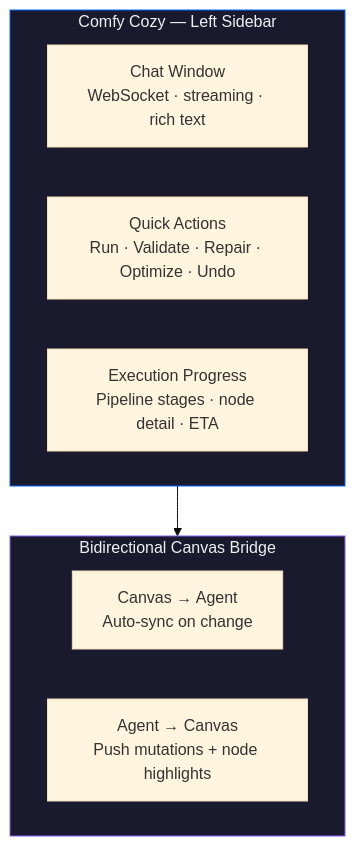
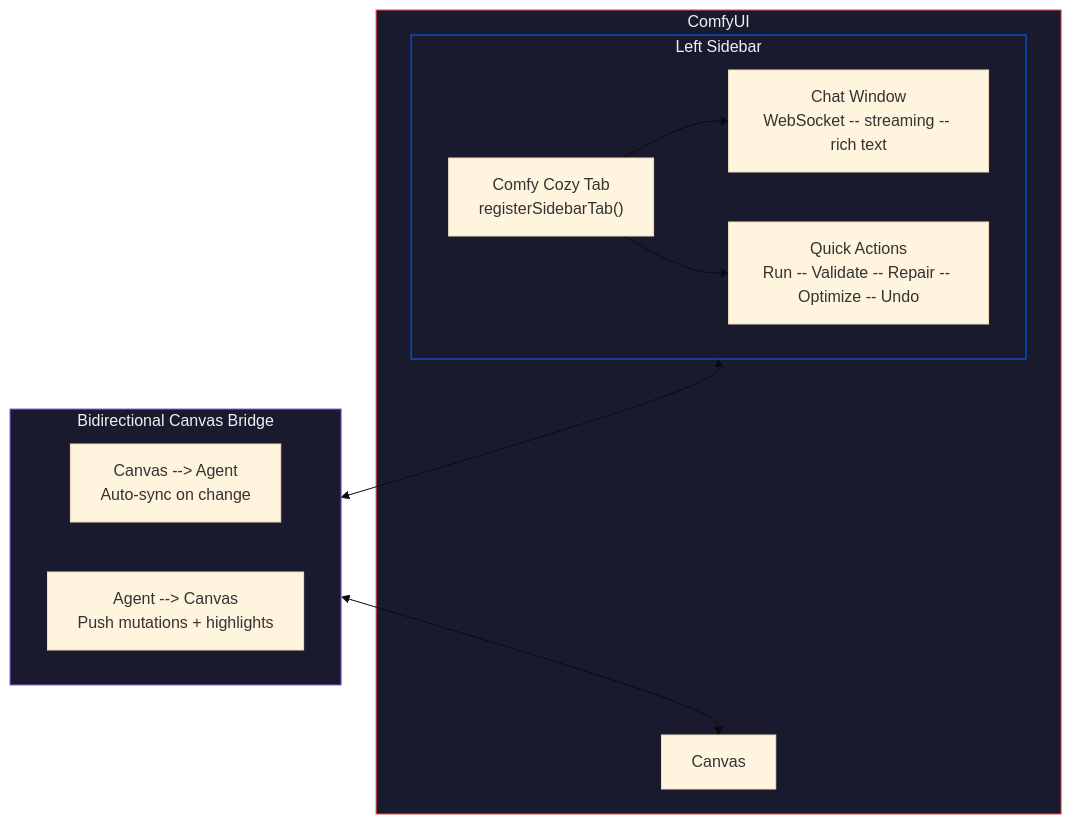
Before and after one commit to JosephOIbrahim/Comfy-Cozy: the eighth of 17 diagrams in README.md, drawn with Mermaid (base theme). The commit also changed other lines of this file, not shown here.

First line of the commit message:
docs: ADHD-friendly README — symlink install, scannable steps, updated diagrams

````diff
--- a/README.md
+++ b/README.md
@@ -421,18 +472,25 @@
 ```mermaid
 graph TB
-    subgraph Sidebar ["Comfy Cozy — Left Sidebar"]
-        Chat["Chat Window<br/>WebSocket · streaming · rich text"]
-        QA["Quick Actions<br/>Run · Validate · Repair · Optimize · Undo"]
-        Progress["Execution Progress<br/>Pipeline stages · node detail · ETA"]
+    subgraph ComfyUI_App ["ComfyUI"]
+        subgraph Sidebar ["Left Sidebar"]
+            Tab["Comfy Cozy Tab<br/>registerSidebarTab()"]
+            Chat["Chat Window<br/>WebSocket -- streaming -- rich text"]
+            QA["Quick Actions<br/>Run -- Validate -- Repair -- Optimize -- Undo"]
+        end
+        Canvas["Canvas"]
     end
 
     subgraph Bridge ["Bidirectional Canvas Bridge"]
-        C2A["Canvas → Agent<br/>Auto-sync on change"]
-        A2C["Agent → Canvas<br/>Push mutations + node highlights"]
+        C2A["Canvas --> Agent<br/>Auto-sync on change"]
+        A2C["Agent --> Canvas<br/>Push mutations + highlights"]
     end
 
-    Sidebar --> Bridge
+    Tab --> Chat
+    Tab --> QA
+    Sidebar <--> Bridge
+    Bridge <--> Canvas
 
+    style ComfyUI_App fill:#1a1a2e,color:#F0F0F0,stroke:#ef4444
     style Sidebar fill:#1a1a2e,color:#F0F0F0,stroke:#0066FF
     style Bridge fill:#1a1a2e,color:#F0F0F0,stroke:#8b5cf6
 ```
````
